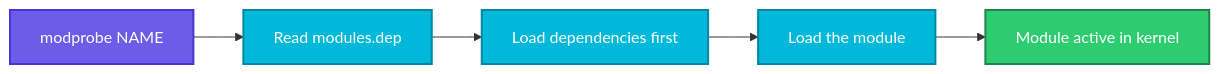
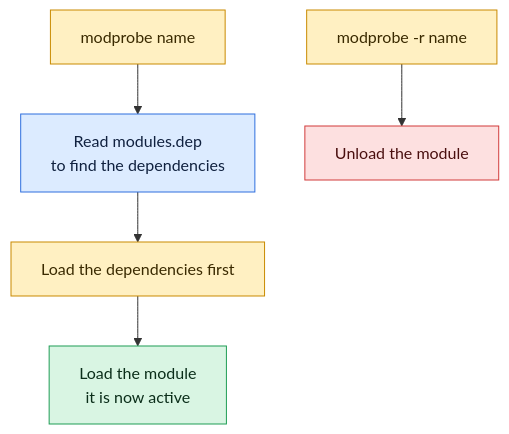
Before and after one commit to codeKerdosTech/DevOps-Documentation: the diagram in linux/system-info/modprobe.md, drawn with Mermaid. The commit also changed other lines of this file and 165 other files, not shown here.

Commit message:
updated diagrams in linux

````diff
--- a/linux/system-info/modprobe.md
+++ b/linux/system-info/modprobe.md
@@ -14,13 +14,16 @@
 ```mermaid
-flowchart LR
-    A[modprobe NAME] --> B[Read modules.dep]
-    B --> C[Load dependencies first]
-    C --> D[Load the module]
-    D --> E[Module active in kernel]
-    classDef start fill:#6C5CE7,stroke:#4834D4,stroke-width:2px,color:#fff
-    classDef proc fill:#00B8D9,stroke:#0087A8,stroke-width:2px,color:#fff
-    classDef ok fill:#2ECC71,stroke:#1E8449,stroke-width:2px,color:#fff
-    class A start
-    class B,C,D proc
-    class E ok
+flowchart TD
+    c1[modprobe name] --> i1[Read modules.dep<br/>to find the dependencies]
+    i1 --> c2[Load the dependencies first]
+    c2 --> o1[Load the module<br/>it is now active]
+    c3[modprobe -r name] --> x1[Unload the module]
+    classDef inp fill:#DCEBFF,stroke:#2F6FDE,color:#10213F
+    classDef cmd fill:#FFF0C2,stroke:#C98A00,color:#3A2A00
+    classDef out fill:#D9F5E3,stroke:#1F9D55,color:#0B2E1A
+    classDef bad fill:#FDE0E0,stroke:#D13B3B,color:#4A0F0F
+    classDef note fill:#ECEFF3,stroke:#7B8794,color:#1F2933
+    class c1,c2,c3 cmd
+    class i1 inp
+    class o1 out
+    class x1 bad
 ```
````
